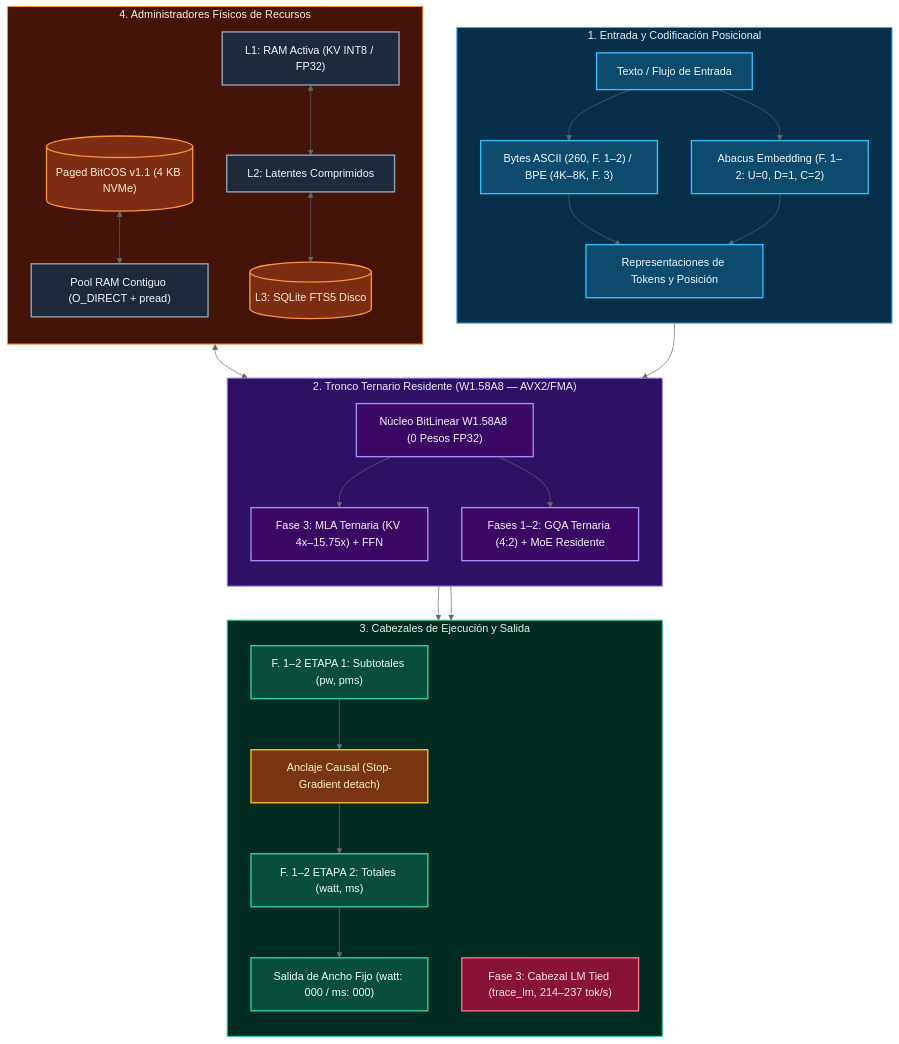
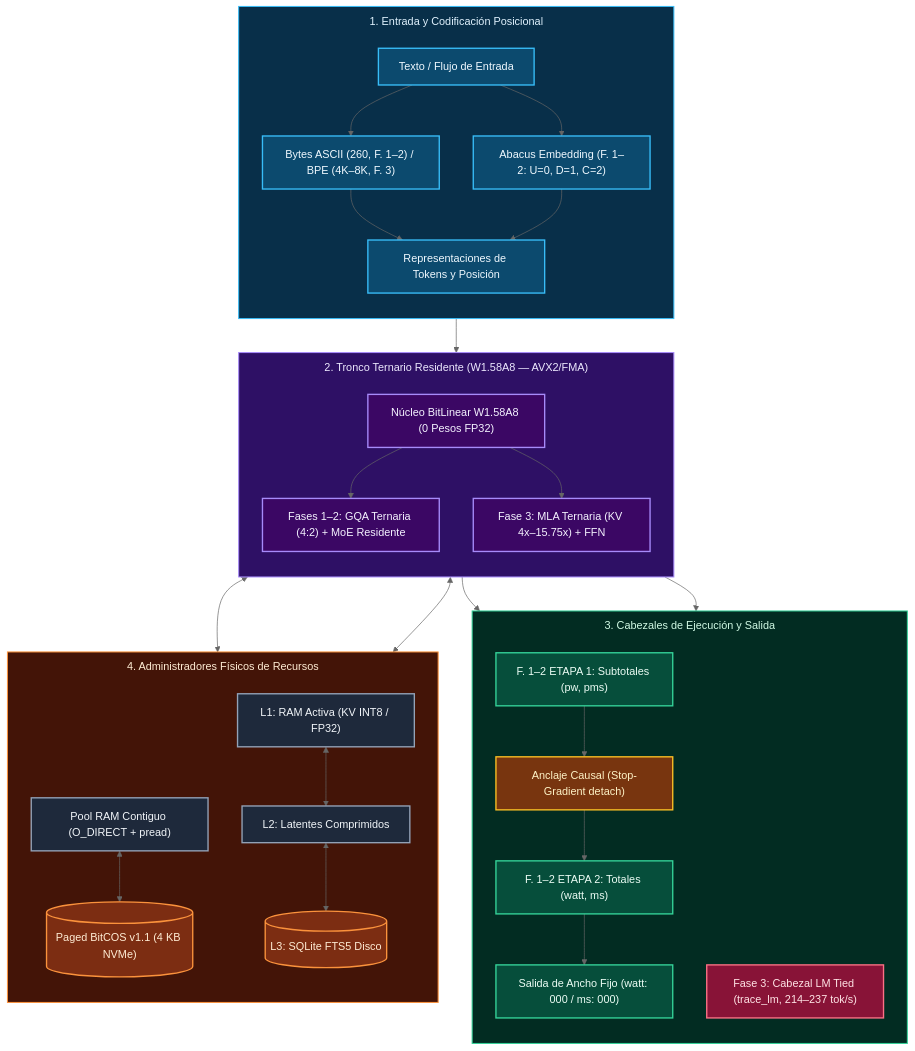
The diagram in README.es.md (Miguel19x/Basic-Lite-TRACE), drawn with Mermaid (neutral theme) before and after one commit. The commit also changed 1 other file, not shown here.

Commit message:
docs(readme): fix Mermaid subgraph title margin, 1->2->3->4 flow order and crossed edges

````diff
--- a/README.es.md
+++ b/README.es.md
@@ -94,65 +94,67 @@
 ```mermaid
+%%{init: {'flowchart': {'subGraphTitleMargin': {'top': 10, 'bottom': 14}}}}%%
 flowchart TD
     subgraph InputStage ["1. Entrada y Codificación Posicional"]
         direction TB
         RawBytes["Texto / Flujo de Entrada"]:::input
         BytePatch["Bytes ASCII (260, F. 1–2) / BPE (4K–8K, F. 3)"]:::input
         AbacusLayer["Abacus Embedding (F. 1–2: U=0, D=1, C=2)"]:::input
         CombinedEmbed["Representaciones de Tokens y Posición"]:::input
         RawBytes --> BytePatch
         RawBytes --> AbacusLayer
         BytePatch --> CombinedEmbed
         AbacusLayer --> CombinedEmbed
     end
 
-    subgraph MemoryHierarchy ["4. Administradores Físicos de Recursos"]
-        direction TB
-        PagedBitCOS[("Paged BitCOS v1.1 (4 KB NVMe)")]:::storage
-        PagePool["Pool RAM Contiguo (O_DIRECT + pread)"]:::runtime
-        L1RAM["L1: RAM Activa (KV INT8 / FP32)"]:::runtime
-        L2Latent["L2: Latentes Comprimidos"]:::runtime
-        L3SQLite[("L3: SQLite FTS5 Disco")]:::storage
-        PagedBitCOS <--> PagePool
-        L1RAM <--> L2Latent
-        L2Latent <--> L3SQLite
-    end
-
     subgraph CoreTernary ["2. Tronco Ternario Residente (W1.58A8 — AVX2/FMA)"]
         direction TB
         SharedCore["Núcleo BitLinear W1.58A8 (0 Pesos FP32)"]:::core
+        PagedMoE["Fases 1–2: GQA Ternaria (4:2) + MoE Residente"]:::core
         MLA["Fase 3: MLA Ternaria (KV 4x–15.75x) + FFN"]:::core
-        PagedMoE["Fases 1–2: GQA Ternaria (4:2) + MoE Residente"]:::core
+        SharedCore --> PagedMoE
         SharedCore --> MLA
-        SharedCore --> PagedMoE
     end
 
     subgraph TwoStageField ["3. Cabezales de Ejecución y Salida"]
         direction TB
         Stage1["F. 1–2 ETAPA 1: Subtotales (pw, pms)"]:::causal
         CausalAnchor["Anclaje Causal (Stop-Gradient detach)"]:::gate
         Stage2["F. 1–2 ETAPA 2: Totales (watt, ms)"]:::causal
         OutputBytes["Salida de Ancho Fijo (watt: 000 / ms: 000)"]:::causal
         LMHead["Fase 3: Cabezal LM Tied (trace_lm, 214–237 tok/s)"]:::lm
         Stage1 --> CausalAnchor
         CausalAnchor --> Stage2
         Stage2 --> OutputBytes
     end
 
+    subgraph MemoryHierarchy ["4. Administradores Físicos de Recursos"]
+        direction TB
+        PagePool["Pool RAM Contiguo (O_DIRECT + pread)"]:::runtime
+        PagedBitCOS[("Paged BitCOS v1.1 (4 KB NVMe)")]:::storage
+        L1RAM["L1: RAM Activa (KV INT8 / FP32)"]:::runtime
+        L2Latent["L2: Latentes Comprimidos"]:::runtime
+        L3SQLite[("L3: SQLite FTS5 Disco")]:::storage
+        PagePool <--> PagedBitCOS
+        L1RAM <--> L2Latent
+        L2Latent <--> L3SQLite
+    end
+
     CombinedEmbed --> SharedCore
-    PagePool <--> PagedMoE
     PagedMoE --> Stage1
     MLA --> LMHead
+    PagedMoE <--> PagePool
+    MLA <--> L1RAM
 
     classDef input fill:#0c4a6e,stroke:#38bdf8,stroke-width:2px,color:#f0f9ff
     classDef core fill:#3b0764,stroke:#a78bfa,stroke-width:2px,color:#f5f3ff
     classDef causal fill:#064e3b,stroke:#34d399,stroke-width:2px,color:#ecfdf5
     classDef gate fill:#78350f,stroke:#fbbf24,stroke-width:2px,color:#fef3c7
     classDef lm fill:#881337,stroke:#fb7185,stroke-width:2px,color:#ffe4e6
     classDef runtime fill:#1e293b,stroke:#94a3b8,stroke-width:2px,color:#f1f5f9
     classDef storage fill:#7c2d12,stroke:#fb923c,stroke-width:2px,color:#ffedd5
 
     style InputStage fill:#082f49,stroke:#38bdf8,stroke-width:1.5px,color:#e0f2fe
     style CoreTernary fill:#2e1065,stroke:#a78bfa,stroke-width:1.5px,color:#ede9fe
     style TwoStageField fill:#022c22,stroke:#34d399,stroke-width:1.5px,color:#d1fae5
     style MemoryHierarchy fill:#431407,stroke:#fb923c,stroke-width:1.5px,color:#ffedd5
 ```
````
